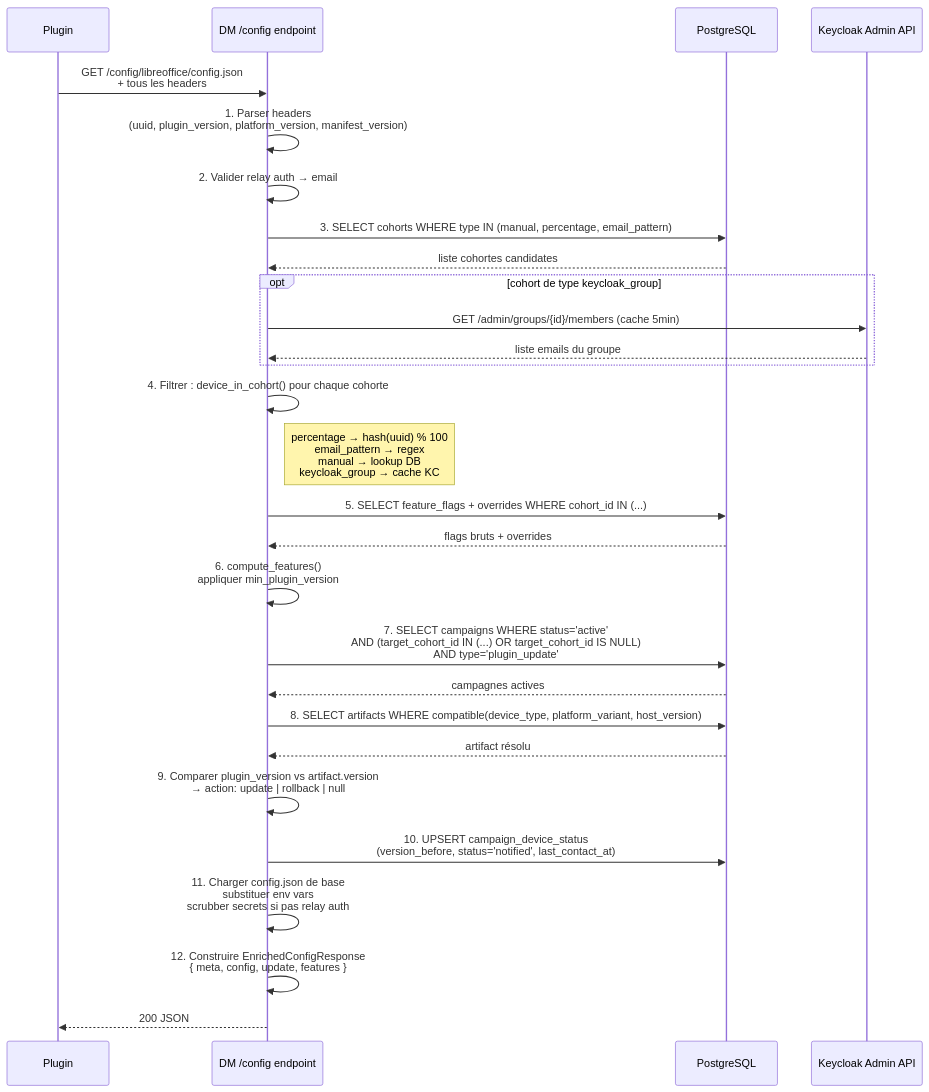
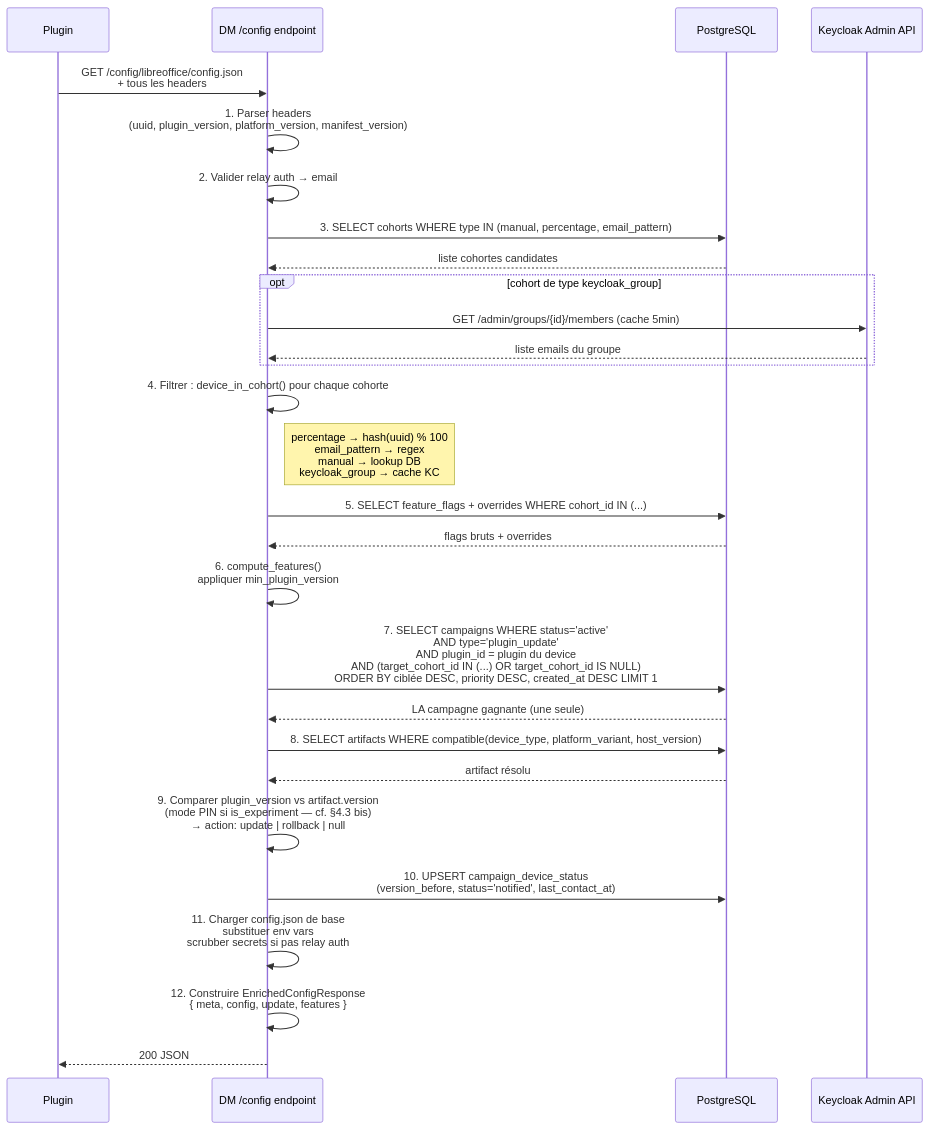
One commit to IA-Generative/device-management changed the fifth of 6 diagrams in docs/plugin-developer/plugin-dm-protocol-update-features.md. Above: the diagram before and after it, drawn with Mermaid. The commit also changed other lines of this file and 9 other files, not shown here.

````diff
--- a/docs/plugin-developer/plugin-dm-protocol-update-features.md
+++ b/docs/plugin-developer/plugin-dm-protocol-update-features.md
@@ -329,44 +668,44 @@
 ```mermaid
 sequenceDiagram
     participant P  as Plugin
     participant API as DM /config endpoint
     participant DB  as PostgreSQL
     participant KC  as Keycloak Admin API
 
     P->>API: GET /config/libreoffice/config.json<br/>+ tous les headers
 
     API->>API: 1. Parser headers<br/>(uuid, plugin_version, platform_version, manifest_version)
     API->>API: 2. Valider relay auth → email
 
     API->>DB: 3. SELECT cohorts WHERE type IN (manual, percentage, email_pattern)
     DB-->>API: liste cohortes candidates
 
     opt cohort de type keycloak_group
         API->>KC: GET /admin/groups/{id}/members (cache 5min)
         KC-->>API: liste emails du groupe
     end
 
     API->>API: 4. Filtrer : device_in_cohort() pour chaque cohorte
     Note right of API: percentage → hash(uuid) % 100<br/>email_pattern → regex<br/>manual → lookup DB<br/>keycloak_group → cache KC
 
     API->>DB: 5. SELECT feature_flags + overrides WHERE cohort_id IN (...)
     DB-->>API: flags bruts + overrides
 
     API->>API: 6. compute_features()<br/>appliquer min_plugin_version
 
-    API->>DB: 7. SELECT campaigns WHERE status='active'<br/>AND (target_cohort_id IN (...) OR target_cohort_id IS NULL)<br/>AND type='plugin_update'
-    DB-->>API: campagnes actives
+    API->>DB: 7. SELECT campaigns WHERE status='active'<br/>AND type='plugin_update'<br/>AND plugin_id = plugin du device<br/>AND (target_cohort_id IN (...) OR target_cohort_id IS NULL)<br/>ORDER BY ciblée DESC, priority DESC, created_at DESC LIMIT 1
+    DB-->>API: LA campagne gagnante (une seule)
 
     API->>DB: 8. SELECT artifacts WHERE compatible(device_type, platform_variant, host_version)
     DB-->>API: artifact résolu
 
-    API->>API: 9. Comparer plugin_version vs artifact.version<br/>→ action: update | rollback | null
+    API->>API: 9. Comparer plugin_version vs artifact.version<br/>(mode PIN si is_experiment — cf. §4.3 bis)<br/>→ action: update | rollback | null
 
     API->>DB: 10. UPSERT campaign_device_status<br/>(version_before, status='notified', last_contact_at)
 
     API->>API: 11. Charger config.json de base<br/>substituer env vars<br/>scrubber secrets si pas relay auth
 
     API->>API: 12. Construire EnrichedConfigResponse<br/>{ meta, config, update, features }
 
     API-->>P: 200 JSON
 ```
````
